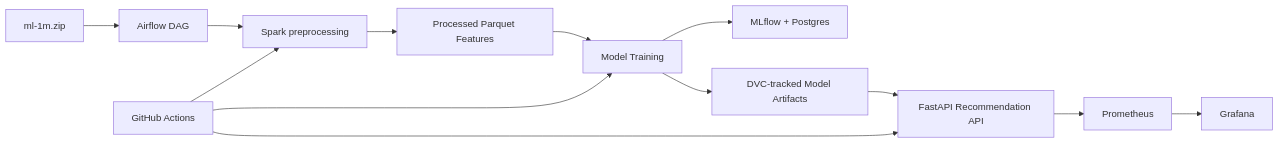
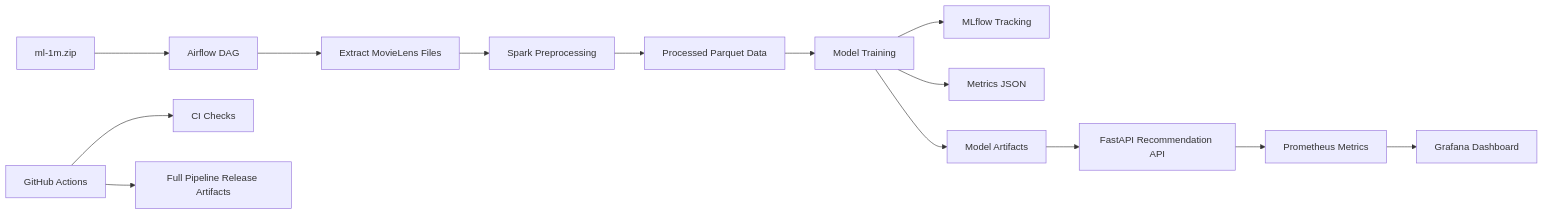
The diagram in README.md (Team37-MLOPS/movie-recommender-team37), drawn with Mermaid before and after one commit. The commit also changed other lines of this file and 7 other files, not shown here.

````diff
--- a/README.md
+++ b/README.md
@@ -7,15 +47,16 @@
 ```mermaid
 flowchart LR
     A[ml-1m.zip] --> B[Airflow DAG]
-    B --> C[Spark preprocessing]
-    C --> D[Processed Parquet Features]
-    D --> E[Model Training]
-    E --> F[MLflow + Postgres]
-    E --> G[DVC-tracked Model Artifacts]
-    G --> H[FastAPI Recommendation API]
-    H --> I[Prometheus]
-    I --> J[Grafana]
-    K[GitHub Actions] --> C
-    K --> E
-    K --> H
+    B --> C[Extract MovieLens Files]
+    C --> D[Spark Preprocessing]
+    D --> E[Processed Parquet Data]
+    E --> F[Model Training]
+    F --> G[MLflow Tracking]
+    F --> H[Metrics JSON]
+    F --> I[Model Artifacts]
+    I --> J[FastAPI Recommendation API]
+    J --> K[Prometheus Metrics]
+    K --> L[Grafana Dashboard]
+    M[GitHub Actions] --> N[CI Checks]
+    M --> O[Full Pipeline Release Artifacts]
 ```
````
